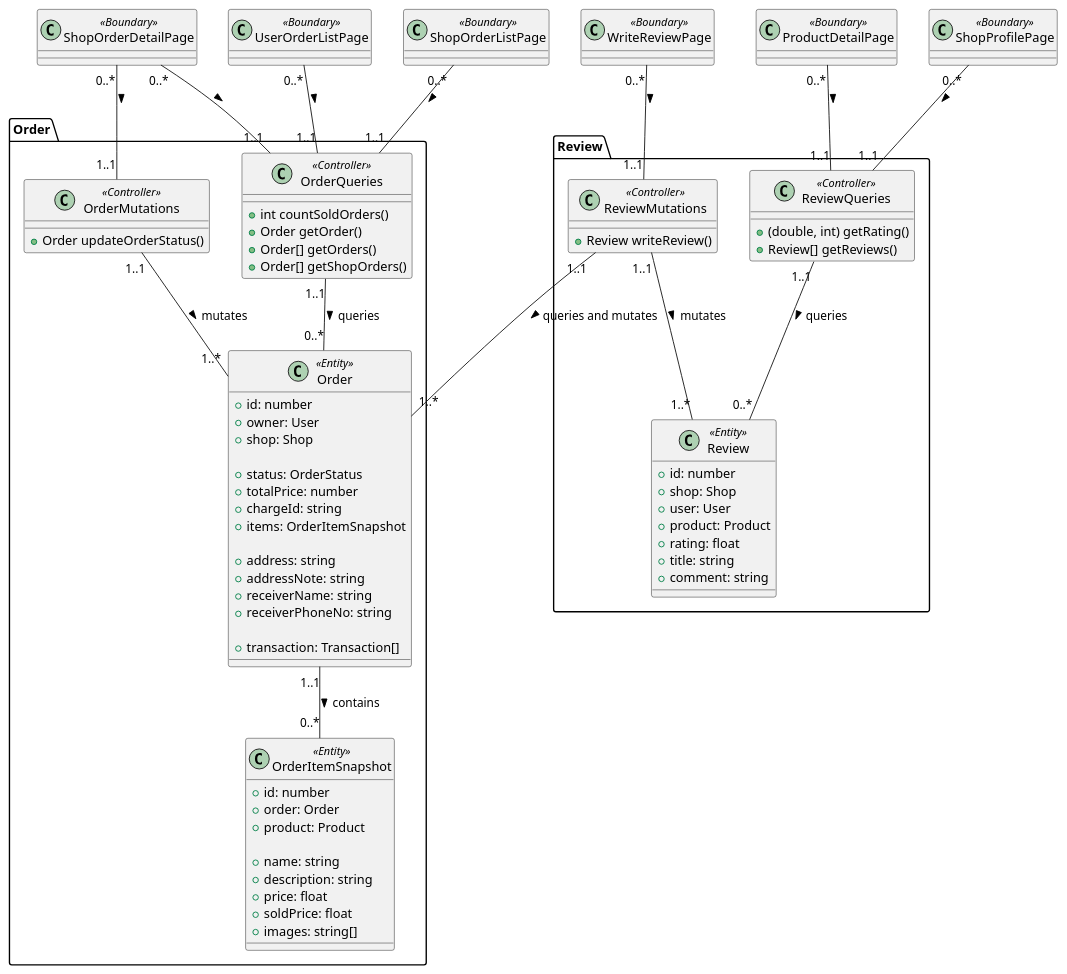
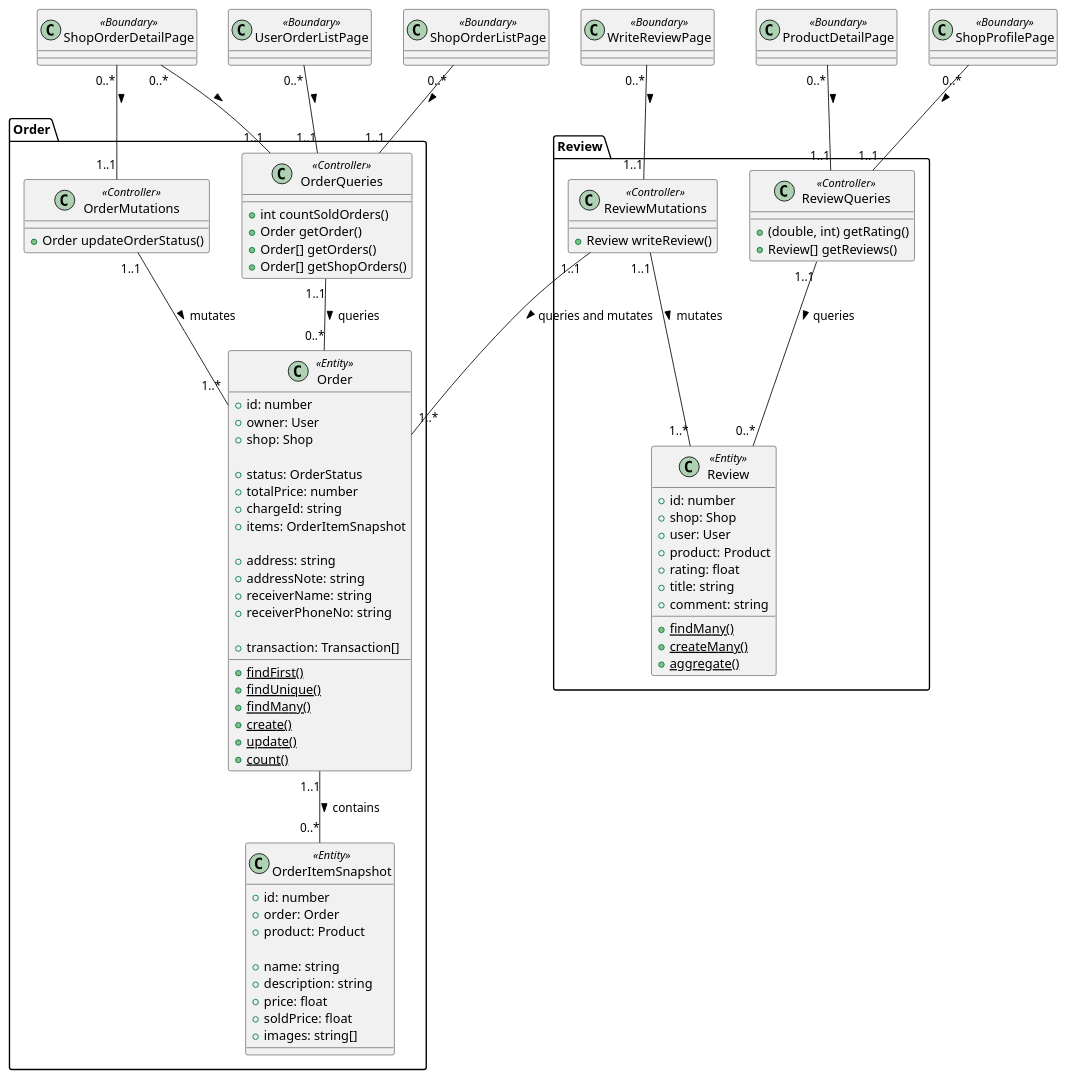
One commit to 2110336-SoftwareEngineering2-2021-2/sec33_jim_carry changed the diagram in diagrams/class_diagram.puml. Above: the diagram before and after it, drawn with PlantUML. The commit also changed 1 other file, not shown here.

Commit message:
docs: add prisma methods to class diagram

```diff
--- a/diagrams/class_diagram.puml
+++ b/diagrams/class_diagram.puml
@@ -1,94 +1,105 @@
 @startuml Class Diagram
 
 namespace Order {
   class Order <<Entity>> {
     + id: number
     + owner: User
     + shop: Shop
 
     + status: OrderStatus
     + totalPrice: number
     + chargeId: string
     + items: OrderItemSnapshot
 
     + address: string
     + addressNote: string
     + receiverName: string
     + receiverPhoneNo: string
 
     + transaction: Transaction[]
+
+    + {static} findFirst()
+    + {static} findUnique()
+    + {static} findMany()
+    + {static} create()
+    + {static} update()
+    + {static} count()
   }
 
   class OrderItemSnapshot <<Entity>> {
     + id: number
     + order: Order
     + product: Product
 
     + name: string
     + description: string
     + price: float
     + soldPrice: float
     + images: string[]
   }
 
   Order "1..1" -- "0..*" OrderItemSnapshot: contains >
 
   class OrderQueries <<Controller>> {
     + int countSoldOrders()
     + Order getOrder()
     + Order[] getOrders()
     + Order[] getShopOrders()
   }
 
   class OrderMutations <<Controller>> {
     + Order updateOrderStatus()
   }
 
   OrderQueries "1..1" -- "0..*" Order: queries >
   OrderMutations "1..1" -- "1..*" Order: mutates >
 }
 
 namespace Review {
   class Review <<Entity>> {
     + id: number
     + shop: Shop
     + user: User
     + product: Product
     + rating: float
     + title: string
     + comment: string
+
+    + {static} findMany()
+    + {static} createMany()
+    + {static} aggregate()
   }
 
   class ReviewQueries <<Controller>> {
     + (double, int) getRating()
     + Review[] getReviews()
   }
 
   class ReviewMutations <<Controller>> {
     + Review writeReview()
   }
 
   ReviewQueries "1..1" -- "0..*" Review: queries >
   ReviewMutations "1..1" -- "1..*" Review: mutates >
   ReviewMutations "1..1" -- "1..*" Order.Order: queries and mutates >
 }
 
 
 class ProductDetailPage <<Boundary>> {}
 class ShopProfilePage <<Boundary>> {}
 class WriteReviewPage <<Boundary>> {}
 class ShopOrderDetailPage <<Boundary>> {}
 class ShopOrderListPage <<Boundary>> {}
 class UserOrderListPage <<Boundary>> {}
 
 ProductDetailPage "0..*" -- "1..1" Review.ReviewQueries: >
 ShopProfilePage "0..*" -- "1..1" Review.ReviewQueries: >
 WriteReviewPage "0..*" -- "1..1" Review.ReviewMutations: >
 
 ShopOrderDetailPage "0..*" -- "1..1" Order.OrderQueries: >
 ShopOrderListPage "0..*" -- "1..1" Order.OrderQueries: >
 UserOrderListPage "0..*" -- "1..1" Order.OrderQueries: >
 ShopOrderDetailPage "0..*" -- "1..1" Order.OrderMutations: >
 
 
 @enduml
```
